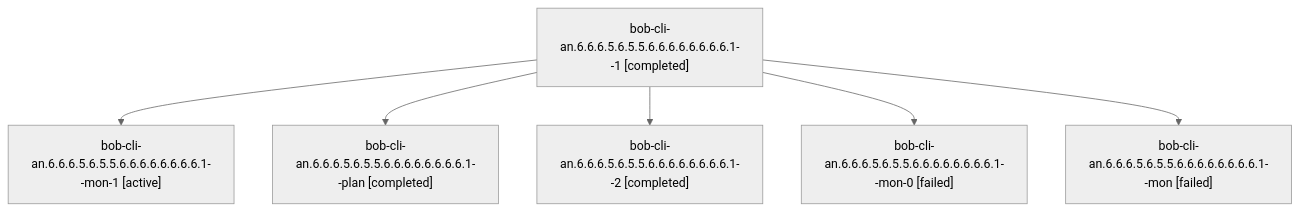
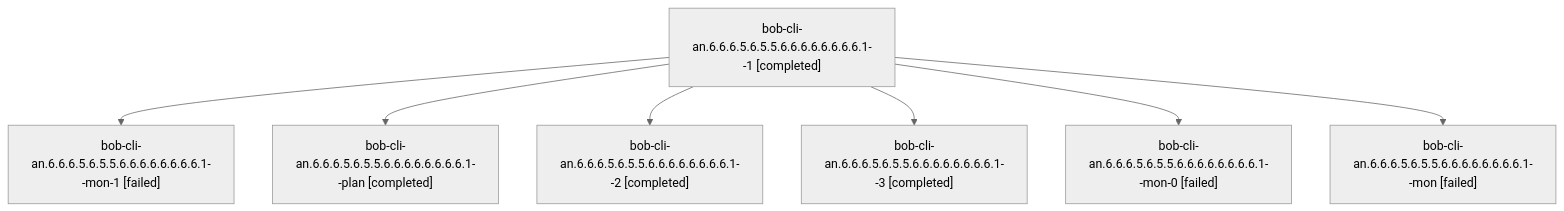
The diagram in sessions/bbugyi200.athena.bob-cli-an.6.6.6.5.6.5.5.6.6.6.6.6.6.6.6.1.md (bobs-org/bob-cli--agents), drawn with Mermaid (neutral theme) before and after one commit. The commit also changed other lines of this file and 228 other files, not shown here.

````diff
--- a/sessions/bbugyi200.athena.bob-cli-an.6.6.6.5.6.5.5.6.6.6.6.6.6.6.6.1.md
+++ b/sessions/bbugyi200.athena.bob-cli-an.6.6.6.5.6.5.5.6.6.6.6.6.6.6.6.1.md
@@ -9,14 +9,16 @@
 ```mermaid
 flowchart TD
   n0["bob-cli-an.6.6.6.5.6.5.5.6.6.6.6.6.6.6.6.1--1 [completed]"]
-  n1["bob-cli-an.6.6.6.5.6.5.5.6.6.6.6.6.6.6.6.1--mon-1 [active]"]
+  n1["bob-cli-an.6.6.6.5.6.5.5.6.6.6.6.6.6.6.6.1--mon-1 [failed]"]
   n0 --> n1
   n2["bob-cli-an.6.6.6.5.6.5.5.6.6.6.6.6.6.6.6.1--plan [completed]"]
   n0 --> n2
   n3["bob-cli-an.6.6.6.5.6.5.5.6.6.6.6.6.6.6.6.1--2 [completed]"]
   n0 --> n3
-  n4["bob-cli-an.6.6.6.5.6.5.5.6.6.6.6.6.6.6.6.1--mon-0 [failed]"]
+  n4["bob-cli-an.6.6.6.5.6.5.5.6.6.6.6.6.6.6.6.1--3 [completed]"]
   n0 --> n4
-  n5["bob-cli-an.6.6.6.5.6.5.5.6.6.6.6.6.6.6.6.1--mon [failed]"]
+  n5["bob-cli-an.6.6.6.5.6.5.5.6.6.6.6.6.6.6.6.1--mon-0 [failed]"]
   n0 --> n5
+  n6["bob-cli-an.6.6.6.5.6.5.5.6.6.6.6.6.6.6.6.1--mon [failed]"]
+  n0 --> n6
 ```
````
